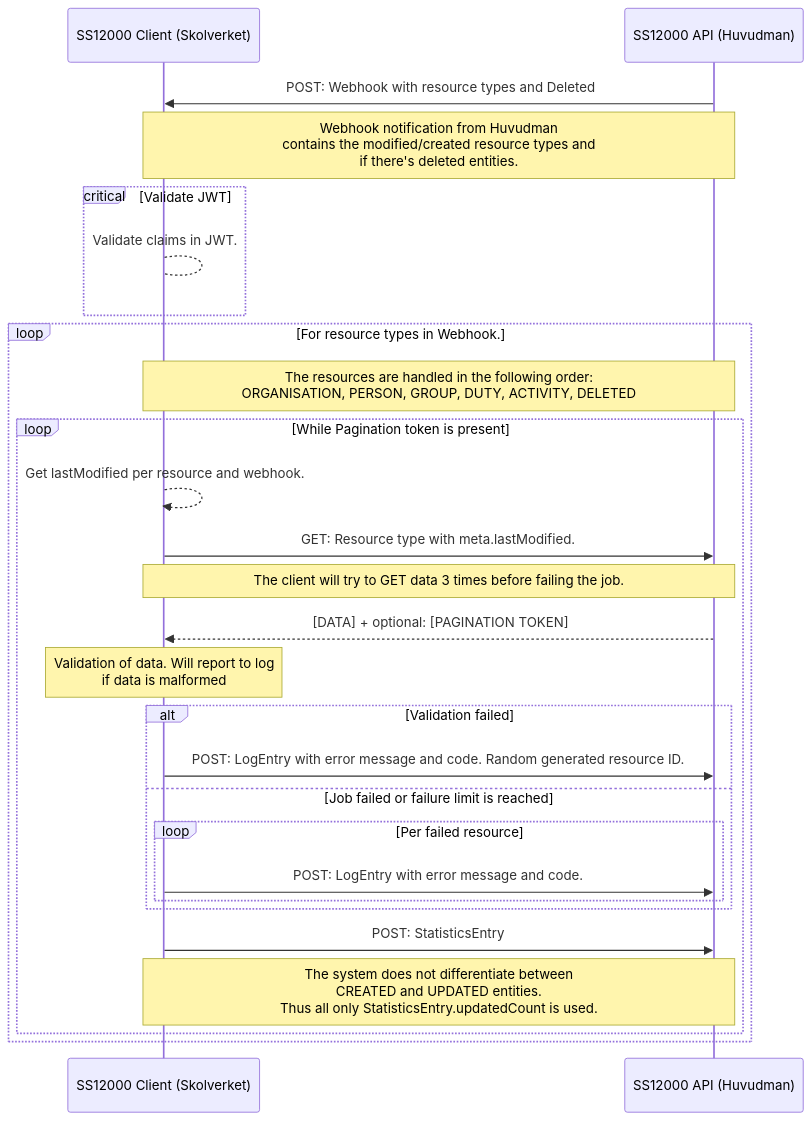
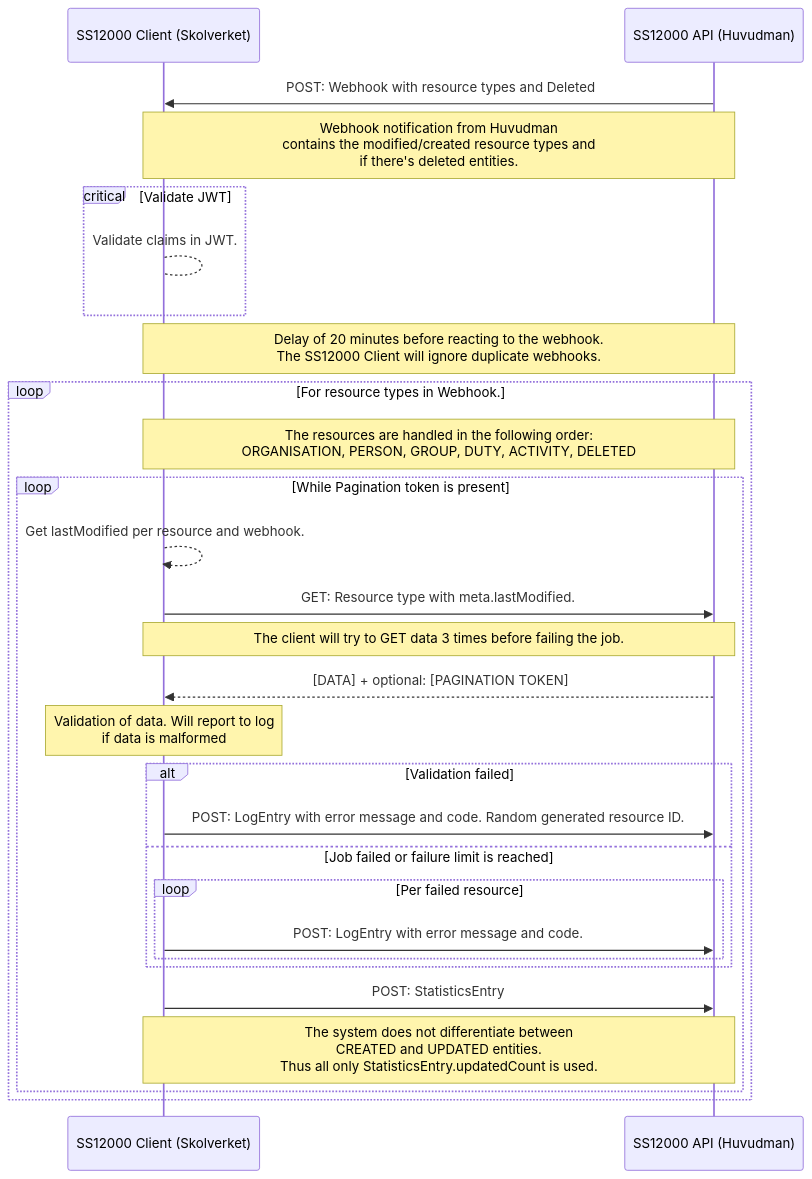
Before and after one commit to skolverket/dnp-usermanagement: the second of 2 diagrams in ss12000-client/README.md, drawn with Mermaid. The commit also changed other lines of this file, not shown here.

Commit message:
Updated documentation for SS12000 client (pull).

````diff
--- a/ss12000-client/README.md
+++ b/ss12000-client/README.md
@@ -77,30 +81,31 @@
 ```mermaid
 sequenceDiagram
     participant CLIENT as SS12000 Client (Skolverket)
     participant API as SS12000 API (Huvudman)
     API ->> CLIENT: POST: Webhook with resource types and Deleted
     Note over CLIENT, API: Webhook notification from Huvudman <br> contains the modified/created resource types and <br> if there's deleted entities.
     critical Validate JWT
         CLIENT --> CLIENT: Validate claims in JWT.
     end
+    Note over CLIENT, API: Delay of 20 minutes before reacting to the webhook.<br> The SS12000 Client will ignore duplicate webhooks.
     loop For resource types in Webhook.
         Note over CLIENT, API: The resources are handled in the following order:<br>ORGANISATION, PERSON, GROUP, DUTY, ACTIVITY, DELETED
         loop While Pagination token is present
             CLIENT -->> CLIENT: Get lastModified per resource and webhook.
             CLIENT ->> API: GET: Resource type with meta.lastModified.
-            Note over CLIENT, API: The client will try to GET data 3 times before failing the job. 
+            Note over CLIENT, API: The client will try to GET data 3 times before failing the job.
             API -->> CLIENT: [DATA] + optional: [PAGINATION TOKEN]
             Note over CLIENT: Validation of data. Will report to log <br> if data is malformed
             alt Validation failed
                 CLIENT ->> API: POST: LogEntry with error message and code. Random generated resource ID.
             else Job failed or failure limit is reached
                 loop Per failed resource
                     CLIENT ->> API: POST: LogEntry with error message and code.
                 end
             end
             CLIENT ->> API: POST: StatisticsEntry
             Note over CLIENT, API: The system does not differentiate between<br>CREATED and UPDATED entities.<br>Thus all only StatisticsEntry.updatedCount is used.
         end
     end
-    
+
 ```
````
